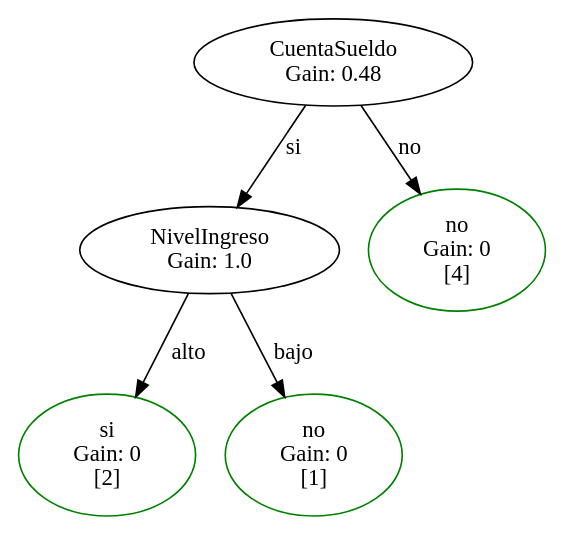
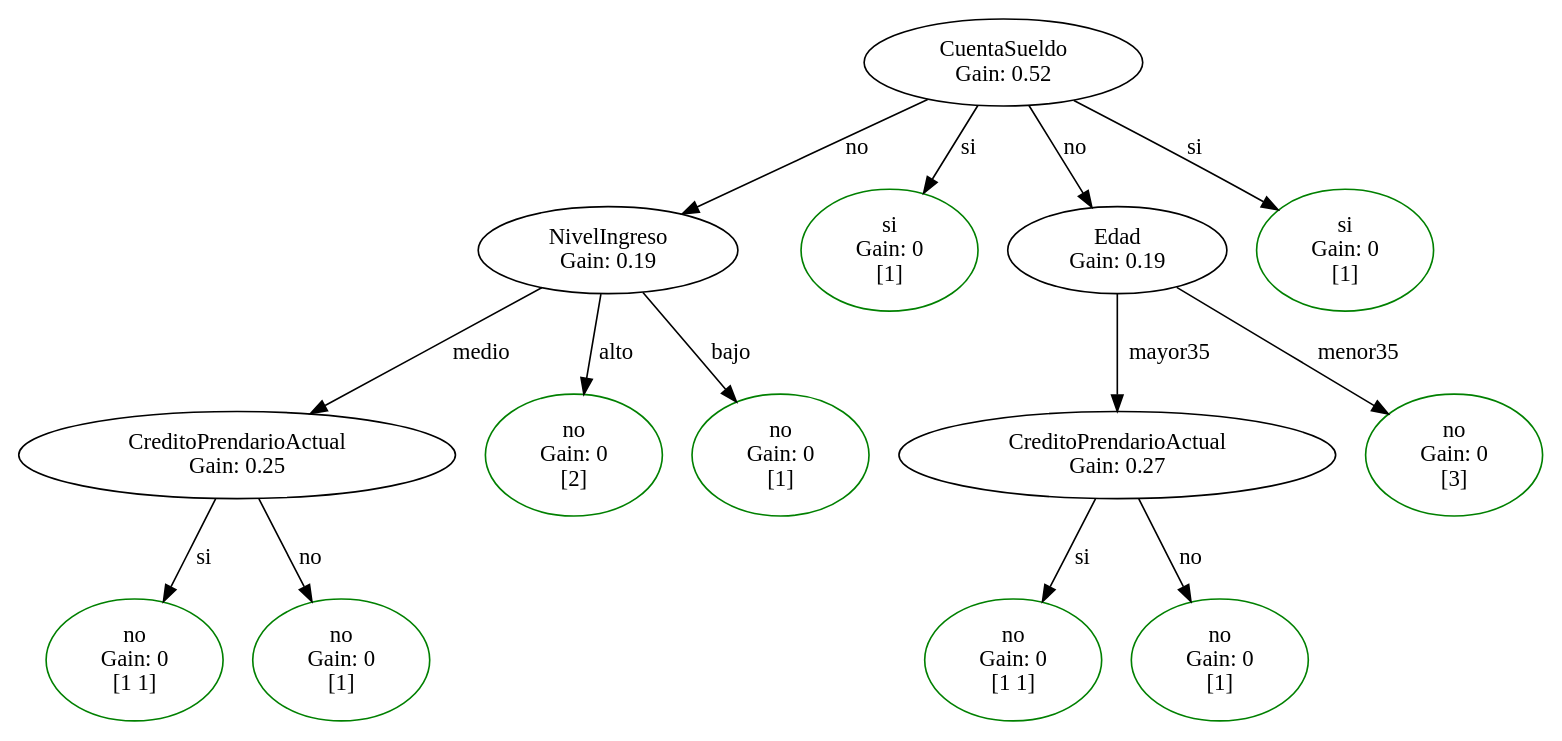
The diagram in Digraph.gv (AlejandroFNadal/ia_decision_trees), drawn with Graphviz before and after one commit. The commit also changed 18 other files, not shown here.

```diff
--- a/Digraph.gv
+++ b/Digraph.gv
@@ -1,19 +1,54 @@
 digraph {
 	0 [label="CuentaSueldo 
- Gain: 0.48"]
-	6 [label="NivelIngreso 
- Gain: 1.0"]
-	0 -> 6 [label=si splines=line]
+ Gain: 0.31"]
+	1 [label="NivelIngreso 
+ Gain: 0.19"]
+	0 -> 1 [label=no splines=line]
+	2 [label="CreditoPrendarioActual 
+ Gain: 0.25"]
+	1 -> 2 [label=medio splines=line]
+	3 [label="no 
+ Gain: 0 
+ [1 1]" color=green]
+	2 -> 3 [label=si splines=line]
+	4 [label="no 
+ Gain: 0 
+ [1]" color=green]
+	2 -> 4 [label=no splines=line]
+	5 [label="no 
+ Gain: 0 
+ [2]" color=green]
+	1 -> 5 [label=alto splines=line]
+	6 [label="no 
+ Gain: 0 
+ [1]" color=green]
+	1 -> 6 [label=bajo splines=line]
 	7 [label="si 
  Gain: 0 
- [2]" color=green]
-	6 -> 7 [label=alto splines=line]
-	8 [label="no 
+ [1]" color=green]
+	0 -> 7 [label=si splines=line]
+	0 [label="CuentaSueldo 
+ Gain: 0.52"]
+	8 [label="Edad 
+ Gain: 0.19"]
+	0 -> 8 [label=no splines=line]
+	9 [label="CreditoPrendarioActual 
+ Gain: 0.27"]
+	8 -> 9 [label=mayor35 splines=line]
+	10 [label="no 
+ Gain: 0 
+ [1 1]" color=green]
+	9 -> 10 [label=si splines=line]
+	11 [label="no 
  Gain: 0 
  [1]" color=green]
-	6 -> 8 [label=bajo splines=line]
-	9 [label="no 
+	9 -> 11 [label=no splines=line]
+	12 [label="no 
  Gain: 0 
- [4]" color=green]
-	0 -> 9 [label=no splines=line]
+ [3]" color=green]
+	8 -> 12 [label=menor35 splines=line]
+	13 [label="si 
+ Gain: 0 
+ [1]" color=green]
+	0 -> 13 [label=si splines=line]
 }
```
